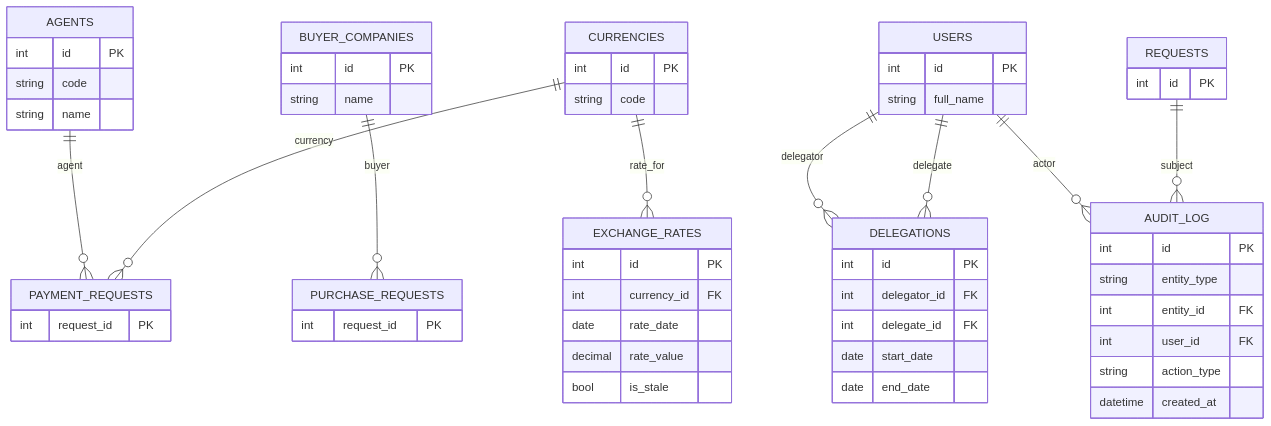
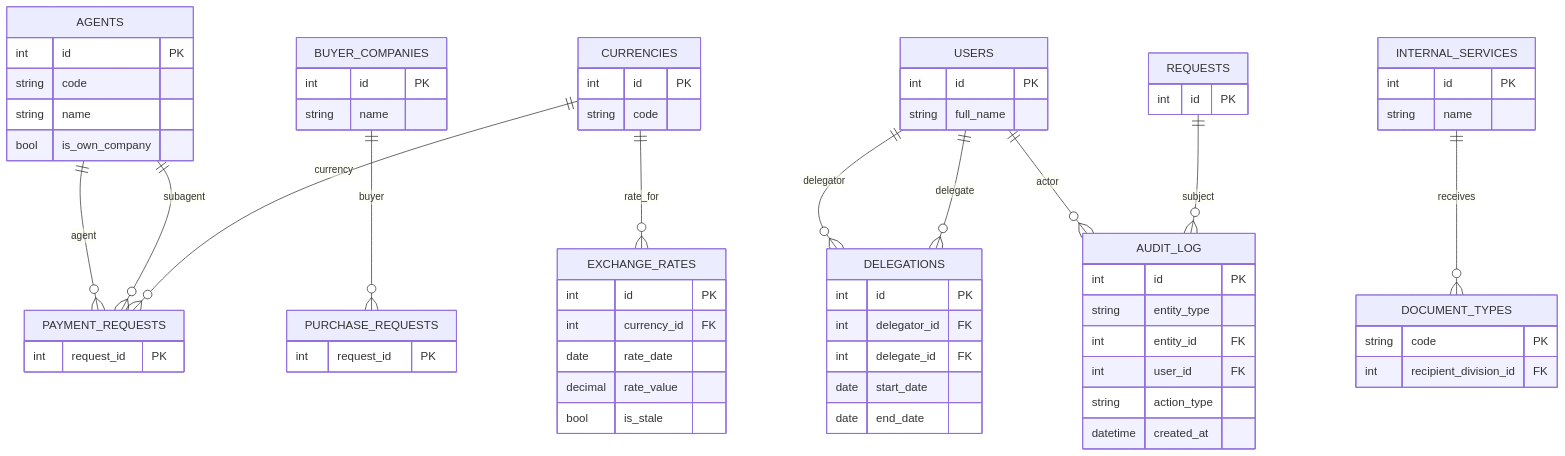
One commit to srg888/PayTracker_Vault changed the second of 2 diagrams in 06. Данные/ER модель.md. Above: the diagram before and after it, drawn with Mermaid. The commit also changed other lines of this file and 9 other files, not shown here.

````diff
--- a/06. Данные/ER модель.md
+++ b/06. Данные/ER модель.md
@@ -119,60 +124,71 @@
 ```mermaid
 erDiagram
   AGENTS ||--o{ PAYMENT_REQUESTS : agent
+  AGENTS ||--o{ PAYMENT_REQUESTS : subagent
   BUYER_COMPANIES ||--o{ PURCHASE_REQUESTS : buyer
   CURRENCIES ||--o{ PAYMENT_REQUESTS : currency
   CURRENCIES ||--o{ EXCHANGE_RATES : rate_for
   USERS ||--o{ DELEGATIONS : delegator
   USERS ||--o{ DELEGATIONS : delegate
   USERS ||--o{ AUDIT_LOG : actor
   REQUESTS ||--o{ AUDIT_LOG : subject
+  INTERNAL_SERVICES ||--o{ DOCUMENT_TYPES : receives
 
   AGENTS {
     int id PK
     string code
+    string name
+    bool is_own_company
+  }
+  INTERNAL_SERVICES {
+    int id PK
     string name
   }
   BUYER_COMPANIES {
     int id PK
     string name
   }
   CURRENCIES {
     int id PK
     string code
   }
   EXCHANGE_RATES {
     int id PK
     int currency_id FK
     date rate_date
     decimal rate_value
     bool is_stale
   }
   DELEGATIONS {
     int id PK
     int delegator_id FK
     int delegate_id FK
     date start_date
     date end_date
   }
   AUDIT_LOG {
     int id PK
     string entity_type
     int entity_id FK
     int user_id FK
     string action_type
     datetime created_at
   }
   USERS {
     int id PK
     string full_name
   }
   PAYMENT_REQUESTS {
     int request_id PK
   }
   PURCHASE_REQUESTS {
     int request_id PK
   }
   REQUESTS {
     int id PK
   }
+  DOCUMENT_TYPES {
+    string code PK
+    int recipient_division_id FK
+  }
 ```
````
